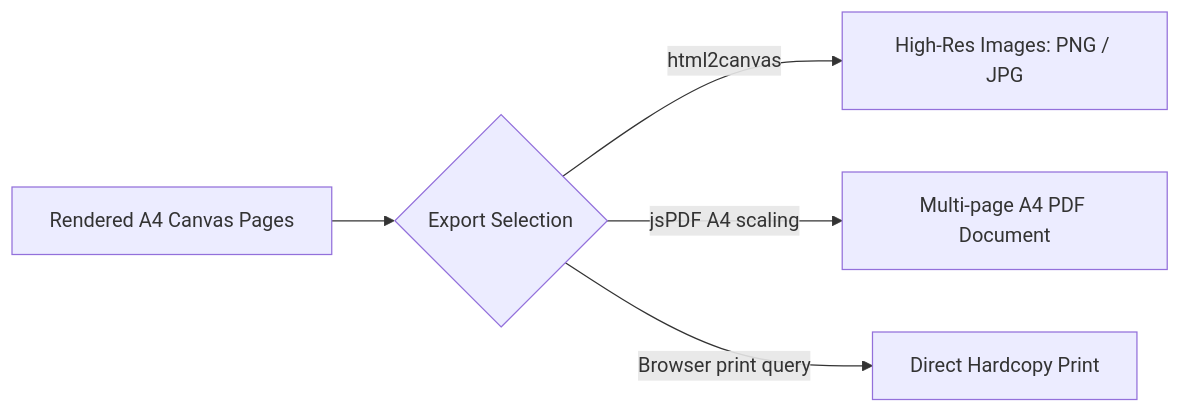
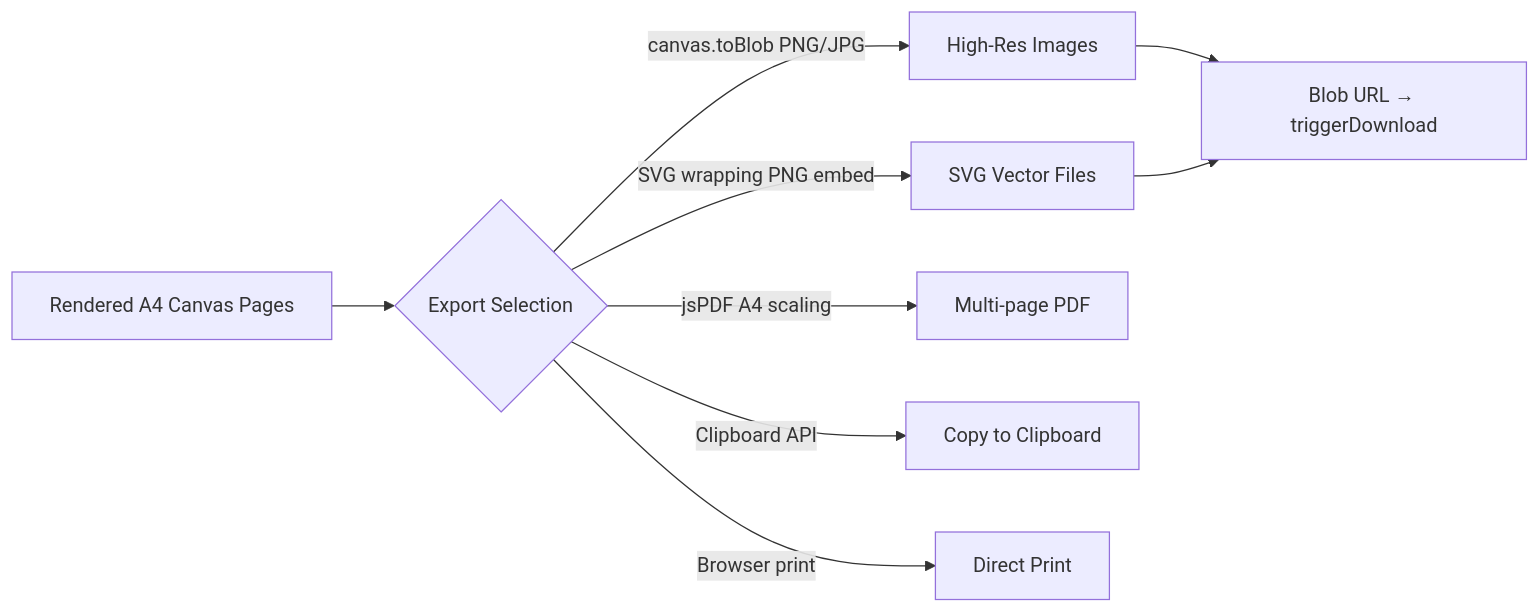
Before and after one commit to VIPHACKER100/Inkflow: the diagram in docs/export-pipelines.md, drawn with Mermaid. The commit also changed other lines of this file and 13 other files, not shown here.

````diff
--- a/docs/export-pipelines.md
+++ b/docs/export-pipelines.md
@@ -9,7 +9,11 @@
 ```mermaid
 graph LR
     A[Rendered A4 Canvas Pages] --> B{Export Selection}
-    B -->|html2canvas| C[High-Res Images: PNG / JPG]
-    B -->|jsPDF A4 scaling| D[Multi-page A4 PDF Document]
-    B -->|Browser print query| E[Direct Hardcopy Print]
+    B -->|canvas.toBlob PNG/JPG| C[High-Res Images]
+    B -->|SVG wrapping PNG embed| D[SVG Vector Files]
+    B -->|jsPDF A4 scaling| E[Multi-page PDF]
+    B -->|Clipboard API| F[Copy to Clipboard]
+    B -->|Browser print| G[Direct Print]
+    C --> H[Blob URL → triggerDownload]
+    D --> H
 ```
````
